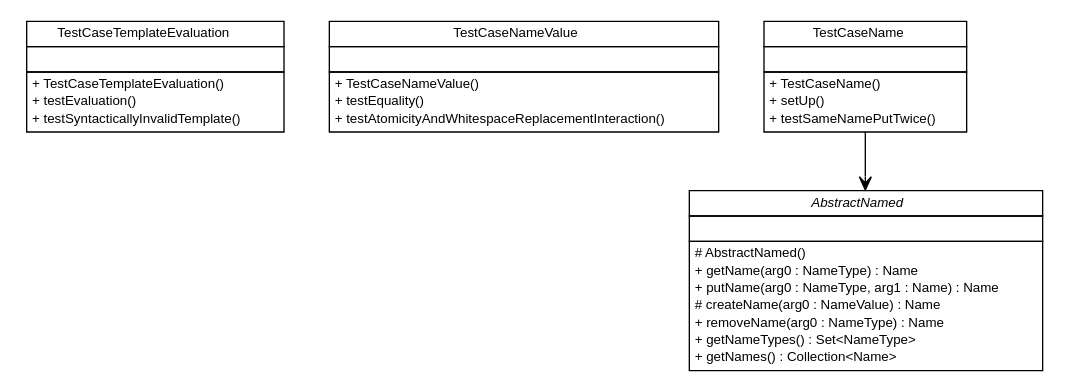
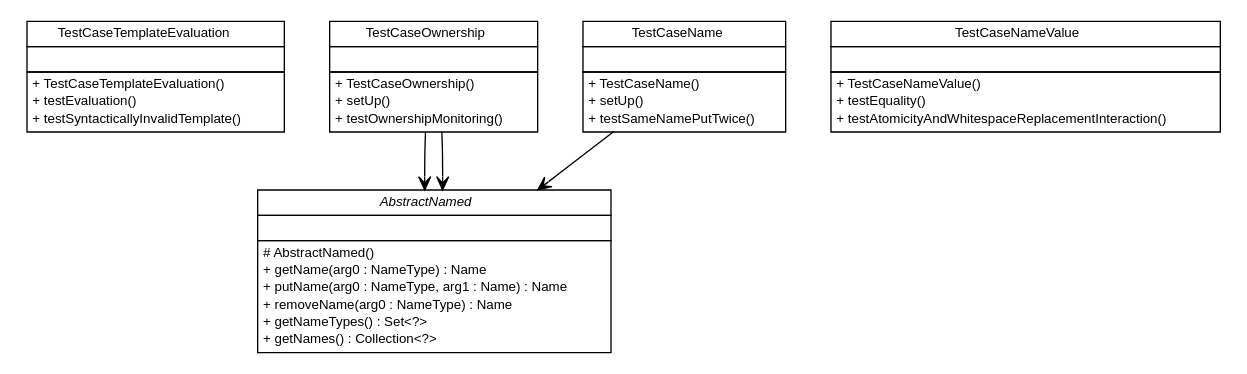
Before and after one commit to ljnelson/nomen: the diagram in testapidocs/com/edugility/nomen/com.edugility.nomen.dot, drawn with Graphviz. The commit also changed 155 other files, not shown here.

```diff
--- a/testapidocs/com/edugility/nomen/com.edugility.nomen.dot
+++ b/testapidocs/com/edugility/nomen/com.edugility.nomen.dot
@@ -1,74 +1,91 @@
 #!/usr/local/bin/dot
 #
 # Class diagram 
 # Generated by UMLGraph version R5_6-24-gf6e263 (http://www.umlgraph.org/)
 #
 
 digraph G {
 	edge [fontname="Helvetica",fontsize=10,labelfontname="Helvetica",labelfontsize=10];
 	node [fontname="Helvetica",fontsize=10,shape=plaintext];
 	nodesep=0.25;
 	ranksep=0.5;
 	// com.edugility.nomen.TestCaseTemplateEvaluation
 	c0 [label=<<table title="com.edugility.nomen.TestCaseTemplateEvaluation" border="0" cellborder="1" cellspacing="0" cellpadding="2" port="p" href="./TestCaseTemplateEvaluation.html">
 		<tr><td><table border="0" cellspacing="0" cellpadding="1">
 <tr><td align="center" balign="center"> TestCaseTemplateEvaluation </td></tr>
 		</table></td></tr>
 		<tr><td><table border="0" cellspacing="0" cellpadding="1">
 <tr><td align="left" balign="left">  </td></tr>
 		</table></td></tr>
 		<tr><td><table border="0" cellspacing="0" cellpadding="1">
 <tr><td align="left" balign="left"> + TestCaseTemplateEvaluation() </td></tr>
 <tr><td align="left" balign="left"> + testEvaluation() </td></tr>
 <tr><td align="left" balign="left"> + testSyntacticallyInvalidTemplate() </td></tr>
 		</table></td></tr>
 		</table>>, URL="./TestCaseTemplateEvaluation.html", fontname="Helvetica", fontcolor="black", fontsize=10.0];
+	// com.edugility.nomen.TestCaseOwnership
+	c1 [label=<<table title="com.edugility.nomen.TestCaseOwnership" border="0" cellborder="1" cellspacing="0" cellpadding="2" port="p" href="./TestCaseOwnership.html">
+		<tr><td><table border="0" cellspacing="0" cellpadding="1">
+<tr><td align="center" balign="center"> TestCaseOwnership </td></tr>
+		</table></td></tr>
+		<tr><td><table border="0" cellspacing="0" cellpadding="1">
+<tr><td align="left" balign="left">  </td></tr>
+		</table></td></tr>
+		<tr><td><table border="0" cellspacing="0" cellpadding="1">
+<tr><td align="left" balign="left"> + TestCaseOwnership() </td></tr>
+<tr><td align="left" balign="left"> + setUp() </td></tr>
+<tr><td align="left" balign="left"> + testOwnershipMonitoring() </td></tr>
+		</table></td></tr>
+		</table>>, URL="./TestCaseOwnership.html", fontname="Helvetica", fontcolor="black", fontsize=10.0];
 	// com.edugility.nomen.TestCaseNameValue
-	c1 [label=<<table title="com.edugility.nomen.TestCaseNameValue" border="0" cellborder="1" cellspacing="0" cellpadding="2" port="p" href="./TestCaseNameValue.html">
+	c2 [label=<<table title="com.edugility.nomen.TestCaseNameValue" border="0" cellborder="1" cellspacing="0" cellpadding="2" port="p" href="./TestCaseNameValue.html">
 		<tr><td><table border="0" cellspacing="0" cellpadding="1">
 <tr><td align="center" balign="center"> TestCaseNameValue </td></tr>
 		</table></td></tr>
 		<tr><td><table border="0" cellspacing="0" cellpadding="1">
 <tr><td align="left" balign="left">  </td></tr>
 		</table></td></tr>
 		<tr><td><table border="0" cellspacing="0" cellpadding="1">
 <tr><td align="left" balign="left"> + TestCaseNameValue() </td></tr>
 <tr><td align="left" balign="left"> + testEquality() </td></tr>
 <tr><td align="left" balign="left"> + testAtomicityAndWhitespaceReplacementInteraction() </td></tr>
 		</table></td></tr>
 		</table>>, URL="./TestCaseNameValue.html", fontname="Helvetica", fontcolor="black", fontsize=10.0];
 	// com.edugility.nomen.TestCaseName
-	c2 [label=<<table title="com.edugility.nomen.TestCaseName" border="0" cellborder="1" cellspacing="0" cellpadding="2" port="p" href="./TestCaseName.html">
+	c3 [label=<<table title="com.edugility.nomen.TestCaseName" border="0" cellborder="1" cellspacing="0" cellpadding="2" port="p" href="./TestCaseName.html">
 		<tr><td><table border="0" cellspacing="0" cellpadding="1">
 <tr><td align="center" balign="center"> TestCaseName </td></tr>
 		</table></td></tr>
 		<tr><td><table border="0" cellspacing="0" cellpadding="1">
 <tr><td align="left" balign="left">  </td></tr>
 		</table></td></tr>
 		<tr><td><table border="0" cellspacing="0" cellpadding="1">
 <tr><td align="left" balign="left"> + TestCaseName() </td></tr>
 <tr><td align="left" balign="left"> + setUp() </td></tr>
 <tr><td align="left" balign="left"> + testSameNamePutTwice() </td></tr>
 		</table></td></tr>
 		</table>>, URL="./TestCaseName.html", fontname="Helvetica", fontcolor="black", fontsize=10.0];
+	// com.edugility.nomen.TestCaseOwnership NAVASSOC com.edugility.nomen.AbstractNamed
+	c1:p -> c4:p [taillabel="", label="", headlabel="", fontname="Helvetica", fontcolor="black", fontsize=10.0, color="black", arrowhead=open];
+	// com.edugility.nomen.TestCaseOwnership NAVASSOC com.edugility.nomen.AbstractNamed
+	c1:p -> c4:p [taillabel="", label="", headlabel="", fontname="Helvetica", fontcolor="black", fontsize=10.0, color="black", arrowhead=open];
 	// com.edugility.nomen.TestCaseName NAVASSOC com.edugility.nomen.AbstractNamed
-	c2:p -> c3:p [taillabel="", label="", headlabel="", fontname="Helvetica", fontcolor="black", fontsize=10.0, color="black", arrowhead=open];
+	c3:p -> c4:p [taillabel="", label="", headlabel="", fontname="Helvetica", fontcolor="black", fontsize=10.0, color="black", arrowhead=open];
 	// com.edugility.nomen.AbstractNamed
-	c3 [label=<<table title="com.edugility.nomen.AbstractNamed" border="0" cellborder="1" cellspacing="0" cellpadding="2" port="p">
+	c4 [label=<<table title="com.edugility.nomen.AbstractNamed" border="0" cellborder="1" cellspacing="0" cellpadding="2" port="p" href="http://java.sun.com/j2se/1.4.2/docs/api/com/edugility/nomen/AbstractNamed.html">
 		<tr><td><table border="0" cellspacing="0" cellpadding="1">
 <tr><td align="center" balign="center"><font face="Helvetica-Oblique"> AbstractNamed </font></td></tr>
 		</table></td></tr>
 		<tr><td><table border="0" cellspacing="0" cellpadding="1">
 <tr><td align="left" balign="left">  </td></tr>
 		</table></td></tr>
 		<tr><td><table border="0" cellspacing="0" cellpadding="1">
 <tr><td align="left" balign="left"> # AbstractNamed() </td></tr>
 <tr><td align="left" balign="left"> + getName(arg0 : NameType) : Name </td></tr>
 <tr><td align="left" balign="left"> + putName(arg0 : NameType, arg1 : Name) : Name </td></tr>
-<tr><td align="left" balign="left"> # createName(arg0 : NameValue) : Name </td></tr>
 <tr><td align="left" balign="left"> + removeName(arg0 : NameType) : Name </td></tr>
-<tr><td align="left" balign="left"> + getNameTypes() : Set&lt;NameType&gt; </td></tr>
-<tr><td align="left" balign="left"> + getNames() : Collection&lt;Name&gt; </td></tr>
+<tr><td align="left" balign="left"> + getNameTypes() : Set&lt;?&gt; </td></tr>
+<tr><td align="left" balign="left"> + getNames() : Collection&lt;?&gt; </td></tr>
 		</table></td></tr>
-		</table>>, URL="null", fontname="Helvetica", fontcolor="black", fontsize=10.0];
+		</table>>, URL="http://java.sun.com/j2se/1.4.2/docs/api/com/edugility/nomen/AbstractNamed.html", fontname="Helvetica", fontcolor="black", fontsize=10.0];
 }
```
